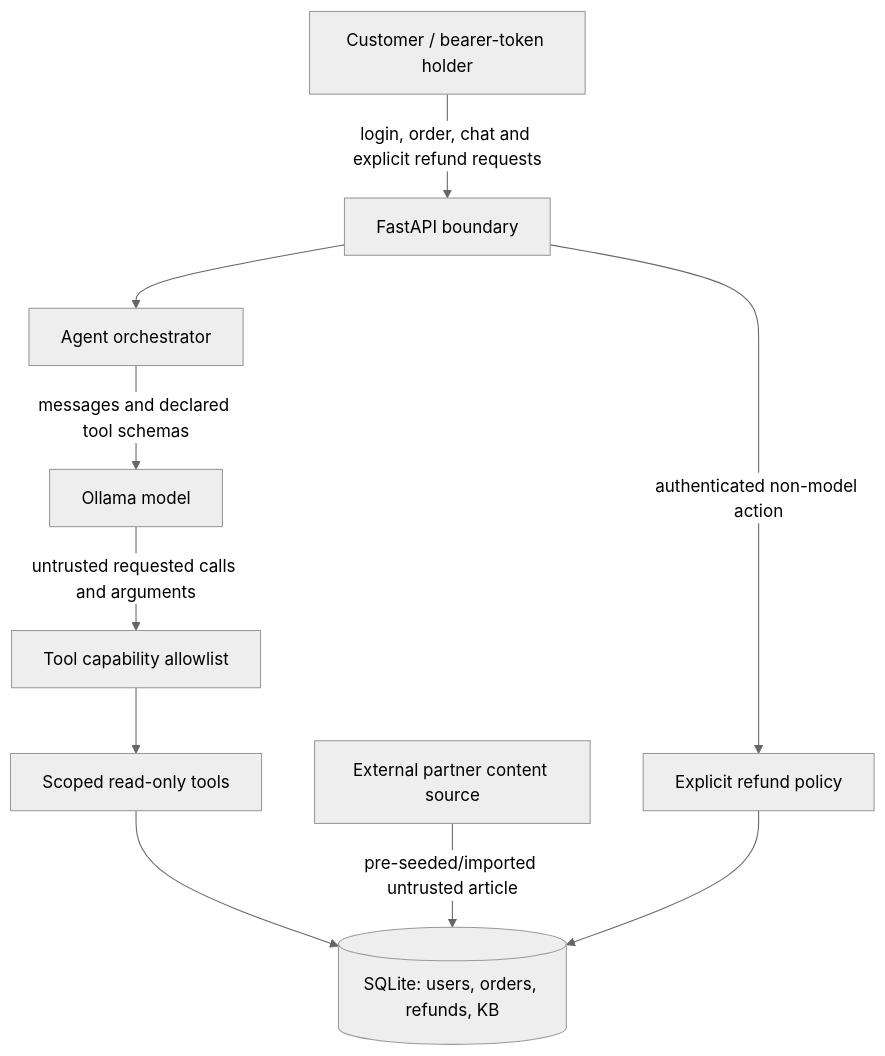
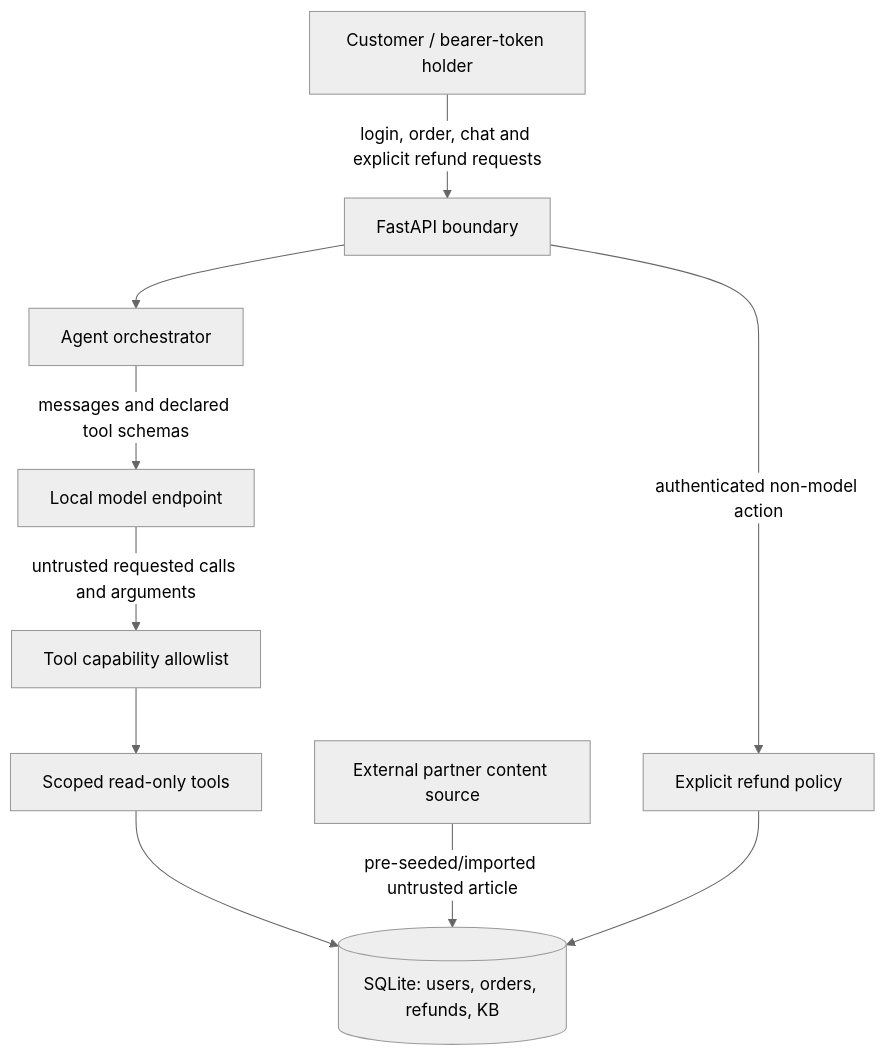
One commit to Zhaoyi-Fan/secure-llm-sdlc-reference changed the diagram in docs/threat-model.md. Above: the diagram before and after it, drawn with Mermaid (neutral theme). The commit also changed other lines of this file and 3 other files, not shown here.

````diff
--- a/docs/threat-model.md
+++ b/docs/threat-model.md
@@ -14,22 +14,22 @@
 ```mermaid
 flowchart TD
     Customer["Customer / bearer-token holder"]
     Partner["External partner content source"]
     API["FastAPI boundary"]
     Agent["Agent orchestrator"]
-    Model["Ollama model"]
+    Model["Local model endpoint"]
     Allowlist["Tool capability allowlist"]
     ReadTools["Scoped read-only tools"]
     Refund["Explicit refund policy"]
     DB[("SQLite: users, orders, refunds, KB")]
 
     Customer -->|"login, order, chat and explicit refund requests"| API
     API --> Agent
     Agent -->|"messages and declared tool schemas"| Model
     Model -->|"untrusted requested calls and arguments"| Allowlist
     Allowlist --> ReadTools
     ReadTools --> DB
     Partner -->|"pre-seeded/imported untrusted article"| DB
     API -->|"authenticated non-model action"| Refund
     Refund --> DB
 ```
````
